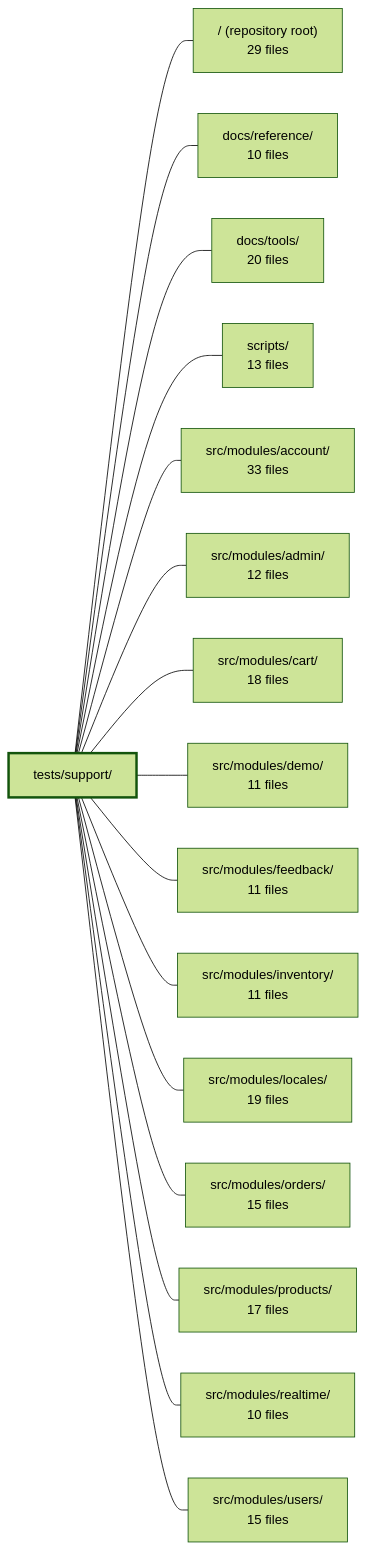
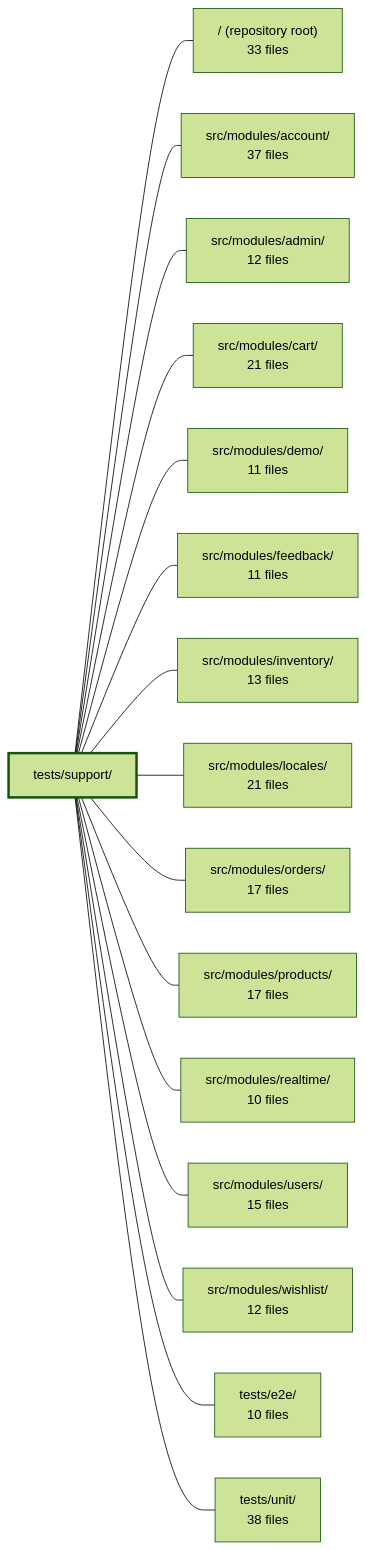
Before and after one commit to Guebbit/boilerplate-vue-frontend: the diagram in .2repo/modules/boilerplate-vue-frontend_tests_support.md, drawn with Mermaid (forest theme). The commit also changed other lines of this file and 335 other files, not shown here.

````diff
--- a/.2repo/modules/boilerplate-vue-frontend_tests_support.md
+++ b/.2repo/modules/boilerplate-vue-frontend_tests_support.md
@@ -40,35 +50,35 @@
 ```mermaid
 flowchart LR
     m_tests_support["tests/support/"]
-    m_root["/ (repository root)<br/>29 files"]
-    m_docs_reference["docs/reference/<br/>10 files"]
-    m_docs_tools["docs/tools/<br/>20 files"]
-    m_scripts["scripts/<br/>13 files"]
-    m_src_modules_account["src/modules/account/<br/>33 files"]
+    m_root["/ (repository root)<br/>33 files"]
+    m_src_modules_account["src/modules/account/<br/>37 files"]
     m_src_modules_admin["src/modules/admin/<br/>12 files"]
-    m_src_modules_cart["src/modules/cart/<br/>18 files"]
+    m_src_modules_cart["src/modules/cart/<br/>21 files"]
     m_src_modules_demo["src/modules/demo/<br/>11 files"]
     m_src_modules_feedback["src/modules/feedback/<br/>11 files"]
-    m_src_modules_inventory["src/modules/inventory/<br/>11 files"]
-    m_src_modules_locales["src/modules/locales/<br/>19 files"]
-    m_src_modules_orders["src/modules/orders/<br/>15 files"]
+    m_src_modules_inventory["src/modules/inventory/<br/>13 files"]
+    m_src_modules_locales["src/modules/locales/<br/>21 files"]
+    m_src_modules_orders["src/modules/orders/<br/>17 files"]
     m_src_modules_products["src/modules/products/<br/>17 files"]
     m_src_modules_realtime["src/modules/realtime/<br/>10 files"]
     m_src_modules_users["src/modules/users/<br/>15 files"]
+    m_src_modules_wishlist["src/modules/wishlist/<br/>12 files"]
+    m_tests_e2e["tests/e2e/<br/>10 files"]
+    m_tests_unit["tests/unit/<br/>38 files"]
     m_tests_support --- m_root
-    m_tests_support --- m_docs_reference
-    m_tests_support --- m_docs_tools
-    m_tests_support --- m_scripts
     m_tests_support --- m_src_modules_account
     m_tests_support --- m_src_modules_admin
     m_tests_support --- m_src_modules_cart
     m_tests_support --- m_src_modules_demo
     m_tests_support --- m_src_modules_feedback
     m_tests_support --- m_src_modules_inventory
     m_tests_support --- m_src_modules_locales
     m_tests_support --- m_src_modules_orders
     m_tests_support --- m_src_modules_products
     m_tests_support --- m_src_modules_realtime
     m_tests_support --- m_src_modules_users
+    m_tests_support --- m_src_modules_wishlist
+    m_tests_support --- m_tests_e2e
+    m_tests_support --- m_tests_unit
     style m_tests_support stroke-width:3px
 ```
````
